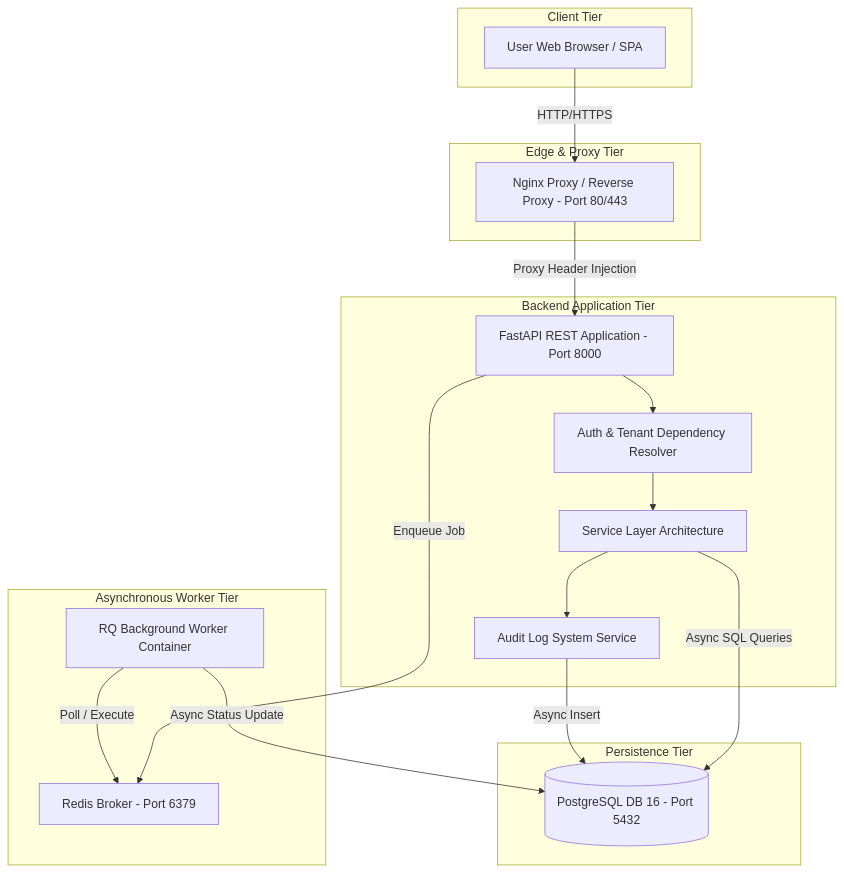
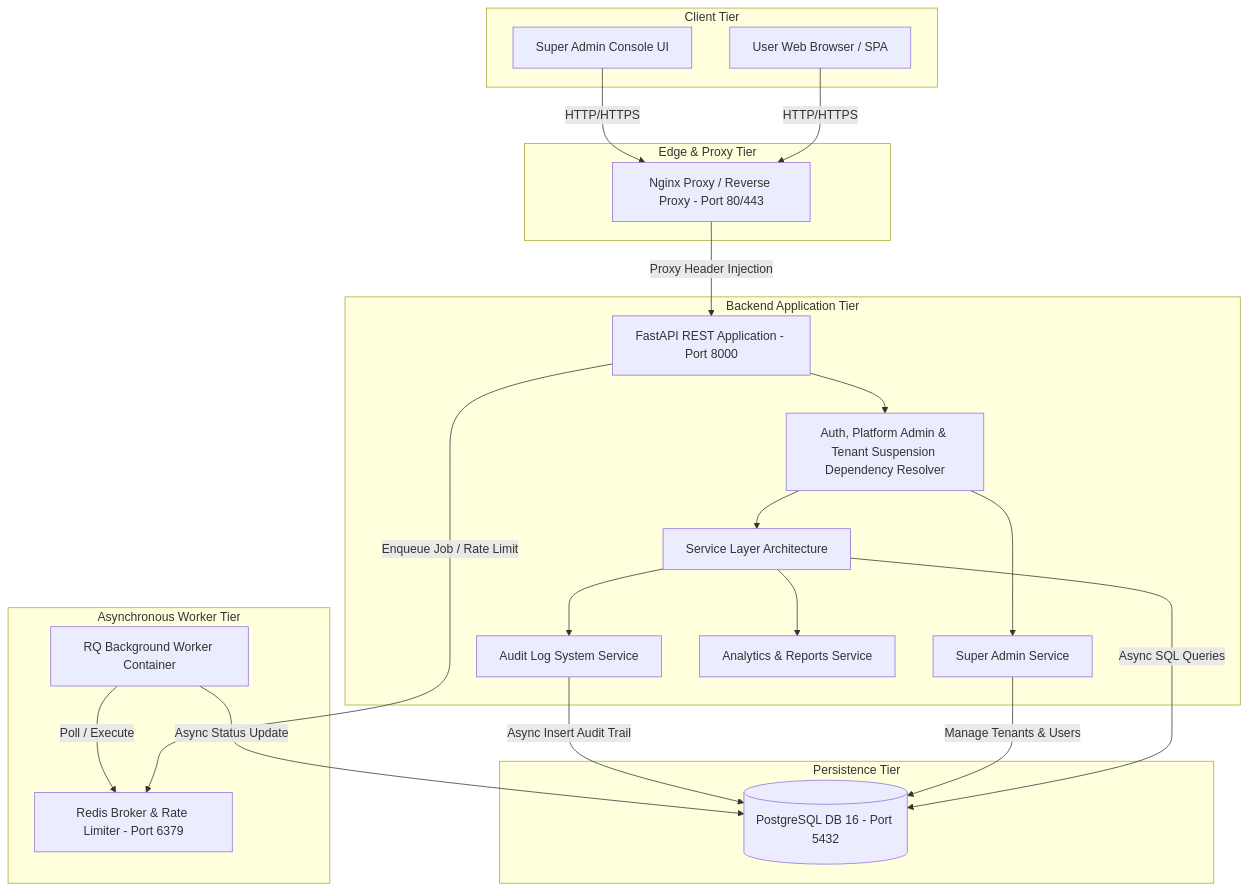
One commit to ankitmandliya/bizsathi changed the second of 2 diagrams in PROJECT_DOCUMENTATION.md. Above: the diagram before and after it, drawn with Mermaid. The commit also changed other lines of this file and 128 other files, not shown here.

````diff
--- a/PROJECT_DOCUMENTATION.md
+++ b/PROJECT_DOCUMENTATION.md
@@ -142,37 +133,44 @@
 ```mermaid
 graph TB
     subgraph Client Tier
         Browser[User Web Browser / SPA]
+        AdminConsole[Super Admin Console UI]
     end
 
     subgraph Edge & Proxy Tier
         NginxProxy[Nginx Proxy / Reverse Proxy - Port 80/443]
     end
 
     subgraph Backend Application Tier
         FastAPIApp[FastAPI REST Application - Port 8000]
-        AuthDep[Auth & Tenant Dependency Resolver]
+        AuthDep[Auth, Platform Admin & Tenant Suspension Dependency Resolver]
         ServiceLayer[Service Layer Architecture]
         AuditService[Audit Log System Service]
+        AdminService[Super Admin Service]
+        ReportService[Analytics & Reports Service]
     end
 
     subgraph Asynchronous Worker Tier
         RQWorker[RQ Background Worker Container]
-        RedisBroker[Redis Broker - Port 6379]
+        RedisBroker[Redis Broker & Rate Limiter - Port 6379]
     end
 
     subgraph Persistence Tier
         PostgresDB[(PostgreSQL DB 16 - Port 5432)]
     end
 
     Browser -->|HTTP/HTTPS| NginxProxy
+    AdminConsole -->|HTTP/HTTPS| NginxProxy
     NginxProxy -->|Proxy Header Injection| FastAPIApp
     FastAPIApp --> AuthDep
     AuthDep --> ServiceLayer
+    AuthDep --> AdminService
     ServiceLayer --> AuditService
+    ServiceLayer --> ReportService
     ServiceLayer -->|Async SQL Queries| PostgresDB
-    AuditService -->|Async Insert| PostgresDB
-    FastAPIApp -->|Enqueue Job| RedisBroker
+    AdminService -->|Manage Tenants & Users| PostgresDB
+    AuditService -->|Async Insert Audit Trail| PostgresDB
+    FastAPIApp -->|Enqueue Job / Rate Limit| RedisBroker
     RQWorker -->|Poll / Execute| RedisBroker
     RQWorker -->|Async Status Update| PostgresDB
 ```
````
